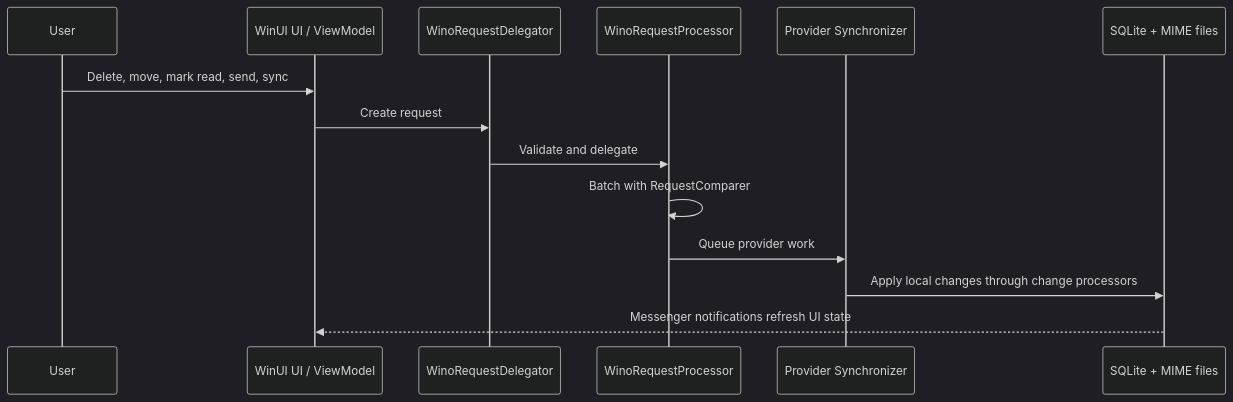
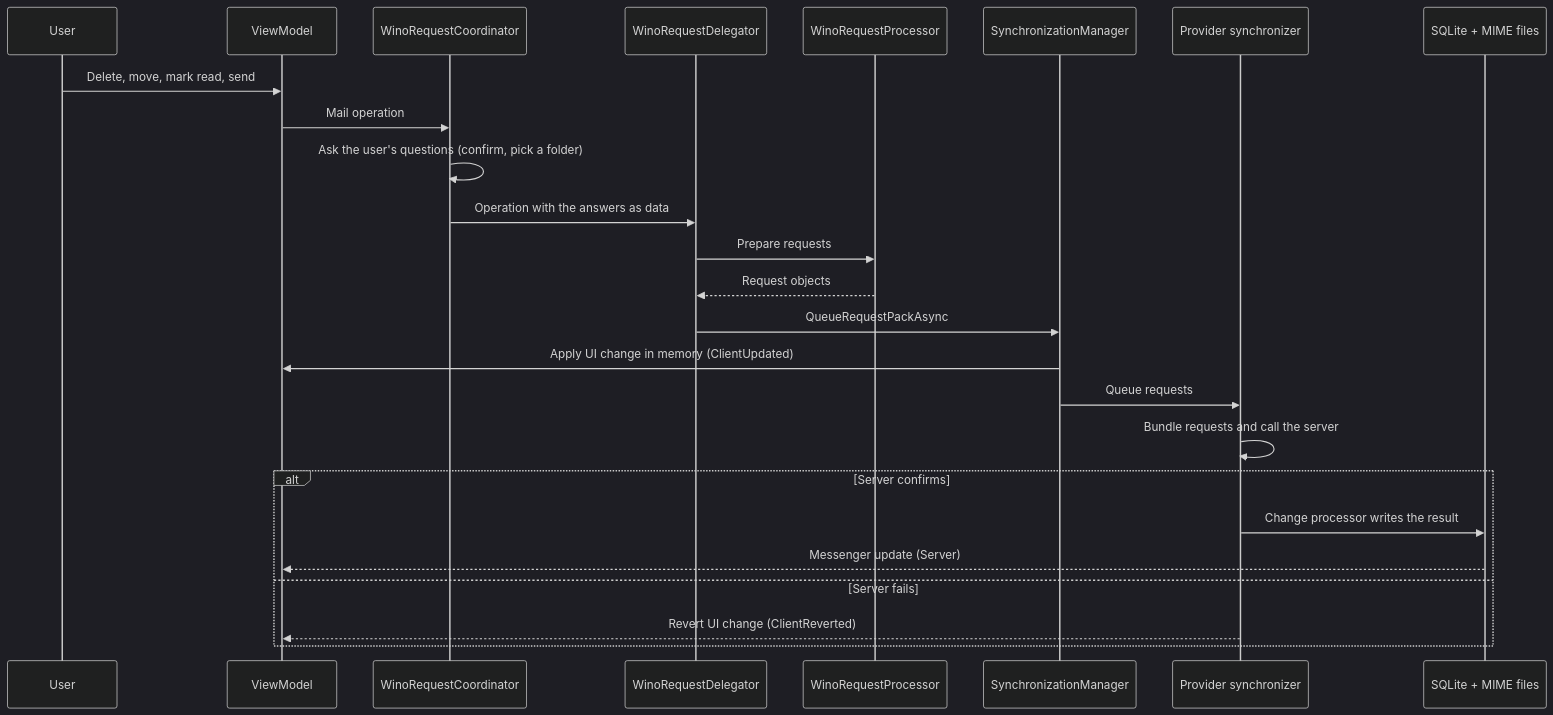
The second of 2 diagrams in CONTRIBUTING.md (bkaankose/Wino-Mail), drawn with Mermaid (dark theme) before and after one commit. The commit also changed other lines of this file and 9 other files, not shown here.

Commit message:
Docs: Describe the current shared backend architecture

````diff
--- a/CONTRIBUTING.md
+++ b/CONTRIBUTING.md
@@ -92,17 +105,28 @@
 ```mermaid
 sequenceDiagram
     participant User
-    participant UI as WinUI UI / ViewModel
+    participant VM as ViewModel
+    participant Coord as WinoRequestCoordinator
     participant Delegator as WinoRequestDelegator
     participant Processor as WinoRequestProcessor
-    participant Sync as Provider Synchronizer
+    participant Manager as SynchronizationManager
+    participant Sync as Provider synchronizer
     participant DB as SQLite + MIME files
 
-    User->>UI: Delete, move, mark read, send, sync
-    UI->>Delegator: Create request
-    Delegator->>Processor: Validate and delegate
-    Processor->>Processor: Batch with RequestComparer
-    Processor->>Sync: Queue provider work
-    Sync->>DB: Apply local changes through change processors
-    DB-->>UI: Messenger notifications refresh UI state
+    User->>VM: Delete, move, mark read, send
+    VM->>Coord: Mail operation
+    Coord->>Coord: Ask the user's questions (confirm, pick a folder)
+    Coord->>Delegator: Operation with the answers as data
+    Delegator->>Processor: Prepare requests
+    Processor-->>Delegator: Request objects
+    Delegator->>Manager: QueueRequestPackAsync
+    Manager->>VM: Apply UI change in memory (ClientUpdated)
+    Manager->>Sync: Queue requests
+    Sync->>Sync: Bundle requests and call the server
+    alt Server confirms
+        Sync->>DB: Change processor writes the result
+        DB-->>VM: Messenger update (Server)
+    else Server fails
+        Sync-->>VM: Revert UI change (ClientReverted)
+    end
 ```
````
